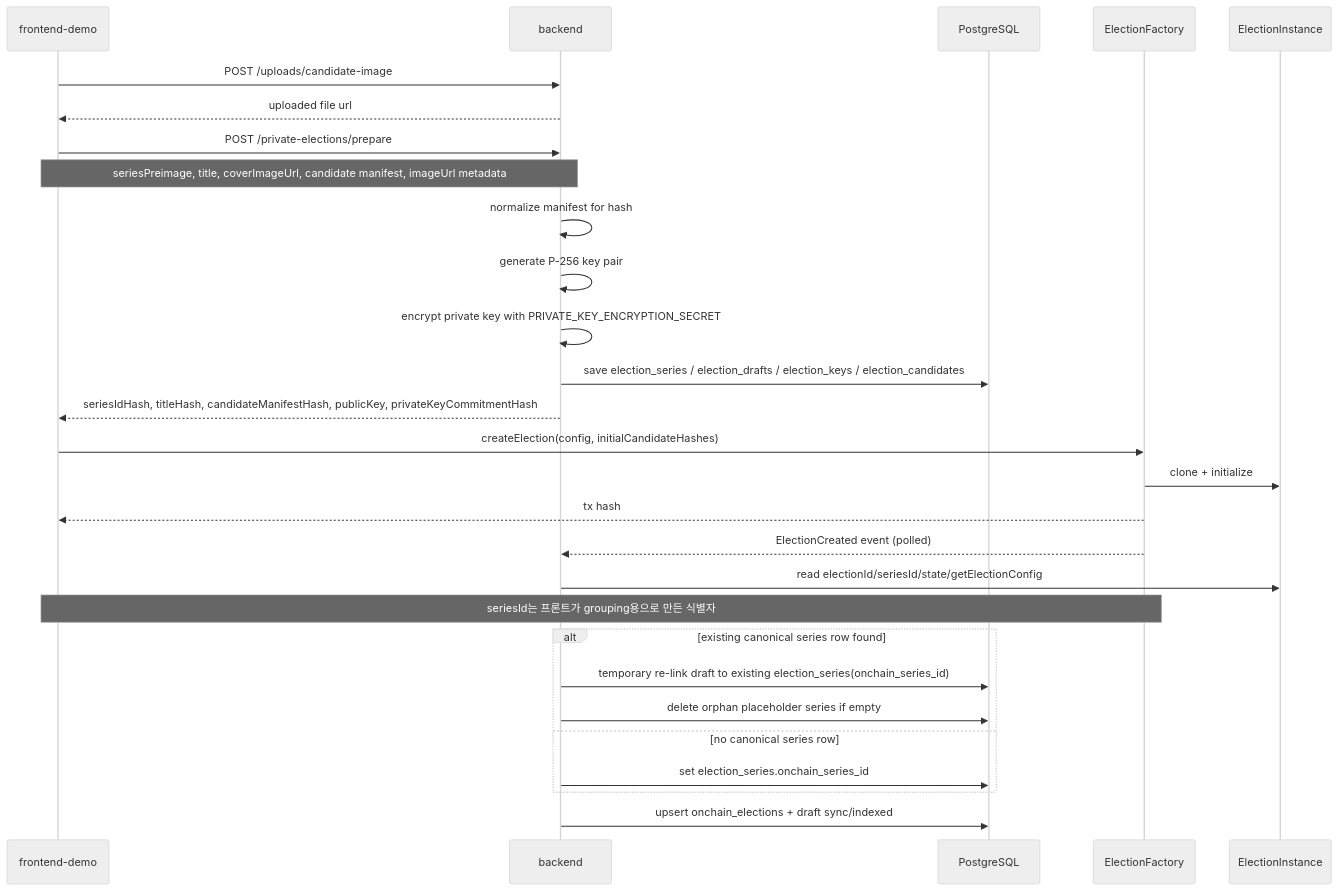
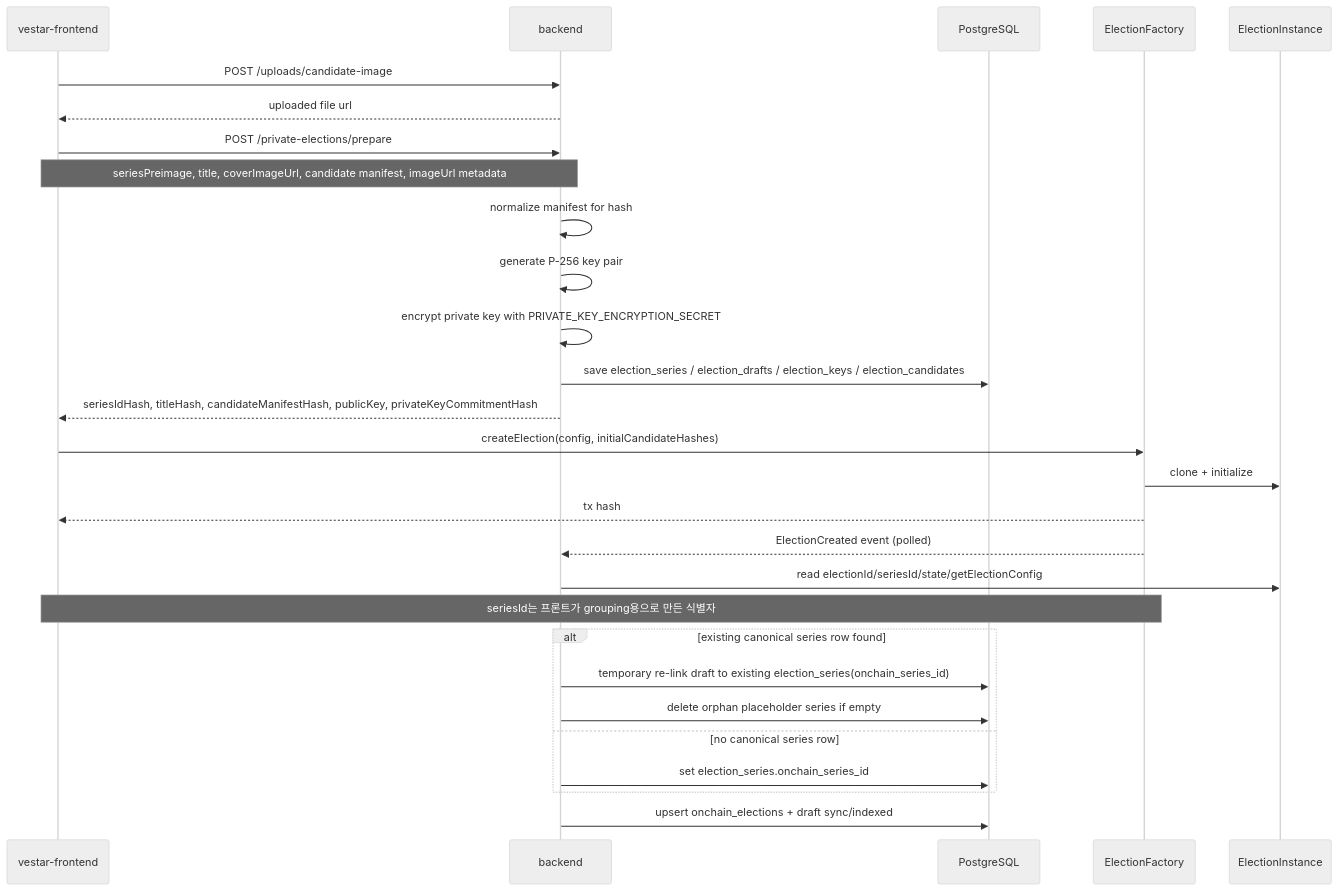
The third of 9 diagrams in README.md (VESTAr-BAY/vestar-backend), drawn with Mermaid (neutral theme) before and after one commit. The commit also changed other lines of this file and 2 other files, not shown here.

````diff
--- a/README.md
+++ b/README.md
@@ -103,33 +114,33 @@
 ```mermaid
 sequenceDiagram
-  participant FE as frontend-demo
+  participant FE as vestar-frontend
   participant BE as backend
   participant DB as PostgreSQL
   participant FC as ElectionFactory
   participant EL as ElectionInstance
 
   FE->>BE: POST /uploads/candidate-image
   BE-->>FE: uploaded file url
 
   FE->>BE: POST /private-elections/prepare
   Note over FE,BE: seriesPreimage, title, coverImageUrl, candidate manifest, imageUrl metadata
   BE->>BE: normalize manifest for hash
   BE->>BE: generate P-256 key pair
   BE->>BE: encrypt private key with PRIVATE_KEY_ENCRYPTION_SECRET
   BE->>DB: save election_series / election_drafts / election_keys / election_candidates
   BE-->>FE: seriesIdHash, titleHash, candidateManifestHash, publicKey, privateKeyCommitmentHash
 
   FE->>FC: createElection(config, initialCandidateHashes)
   FC->>EL: clone + initialize
   FC-->>FE: tx hash
   FC-->>BE: ElectionCreated event (polled)
   BE->>EL: read electionId/seriesId/state/getElectionConfig
   Note over FE,FC: seriesId는 프론트가 grouping용으로 만든 식별자
   alt existing canonical series row found
     BE->>DB: temporary re-link draft to existing election_series(onchain_series_id)
     BE->>DB: delete orphan placeholder series if empty
   else no canonical series row
     BE->>DB: set election_series.onchain_series_id
   end
   BE->>DB: upsert onchain_elections + draft sync/indexed
 ```
````
